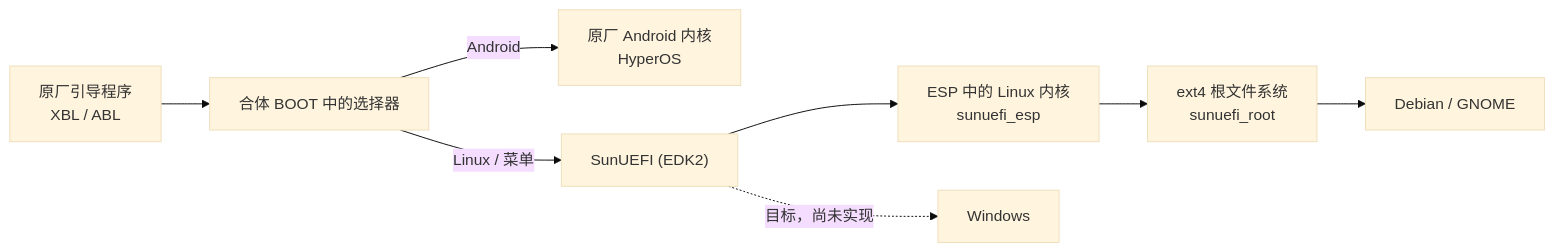
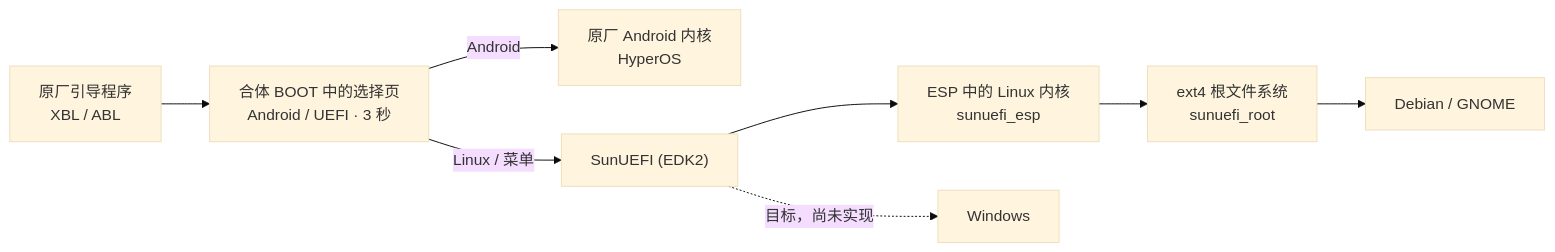
Before and after one commit to slwyts/Project-SunUEFI: the diagram in README.md, drawn with Mermaid (base theme). The commit also changed other lines of this file and 19 other files, not shown here.

````diff
--- a/README.md
+++ b/README.md
@@ -26,10 +26,10 @@
 ```mermaid
 flowchart LR
-    A["原厂引导程序<br/>XBL / ABL"] --> B["合体 BOOT 中的选择器"]
+    A["原厂引导程序<br/>XBL / ABL"] --> B["合体 BOOT 中的选择页<br/>Android / UEFI · 3 秒"]
     B -->|"Android"| C["原厂 Android 内核<br/>HyperOS"]
     B -->|"Linux / 菜单"| D["SunUEFI (EDK2)"]
     D --> E["ESP 中的 Linux 内核<br/>sunuefi_esp"]
     E --> F["ext4 根文件系统<br/>sunuefi_root"]
     F --> G["Debian / GNOME"]
     D -.->|"目标，尚未实现"| H["Windows"]
 ```
````
